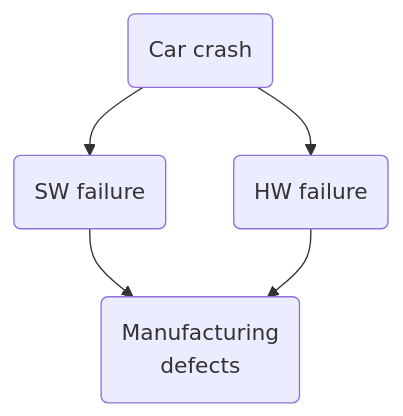
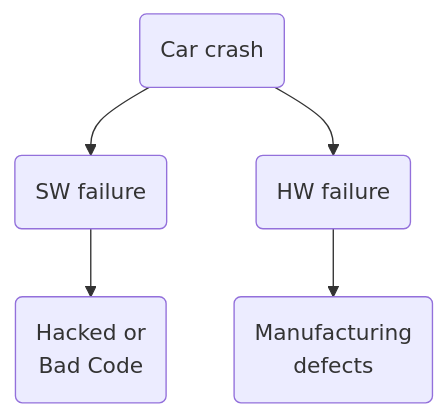
The second of 2 diagrams in Course1-Introduction-to-Self-Driving-Cars/course1-w3-notes.md (afondiel/Self-Driving-Cars-Specialization), drawn with Mermaid before and after one commit. The commit also changed other lines of this file, not shown here.

````diff
--- a/Course1-Introduction-to-Self-Driving-Cars/course1-w3-notes.md
+++ b/Course1-Introduction-to-Self-Driving-Cars/course1-w3-notes.md
@@ -252,7 +252,7 @@
 ```mermaid
 graph TD
   A(Car crash)-->B(SW failure)
   A-->C(HW failure)
   B-->D(Hacked or <br>Bad Code)
-  C-->D(Manufacturing <br>defects)
+  C-->E(Manufacturing <br>defects)
 ```
````
